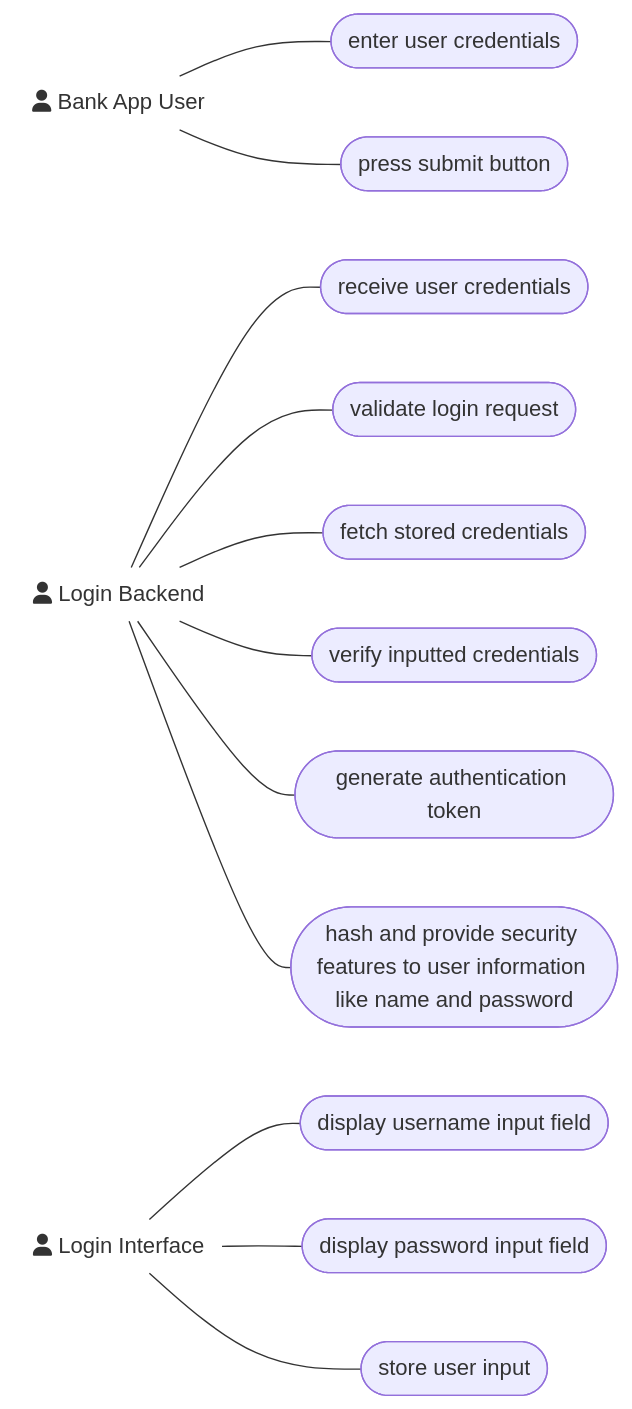
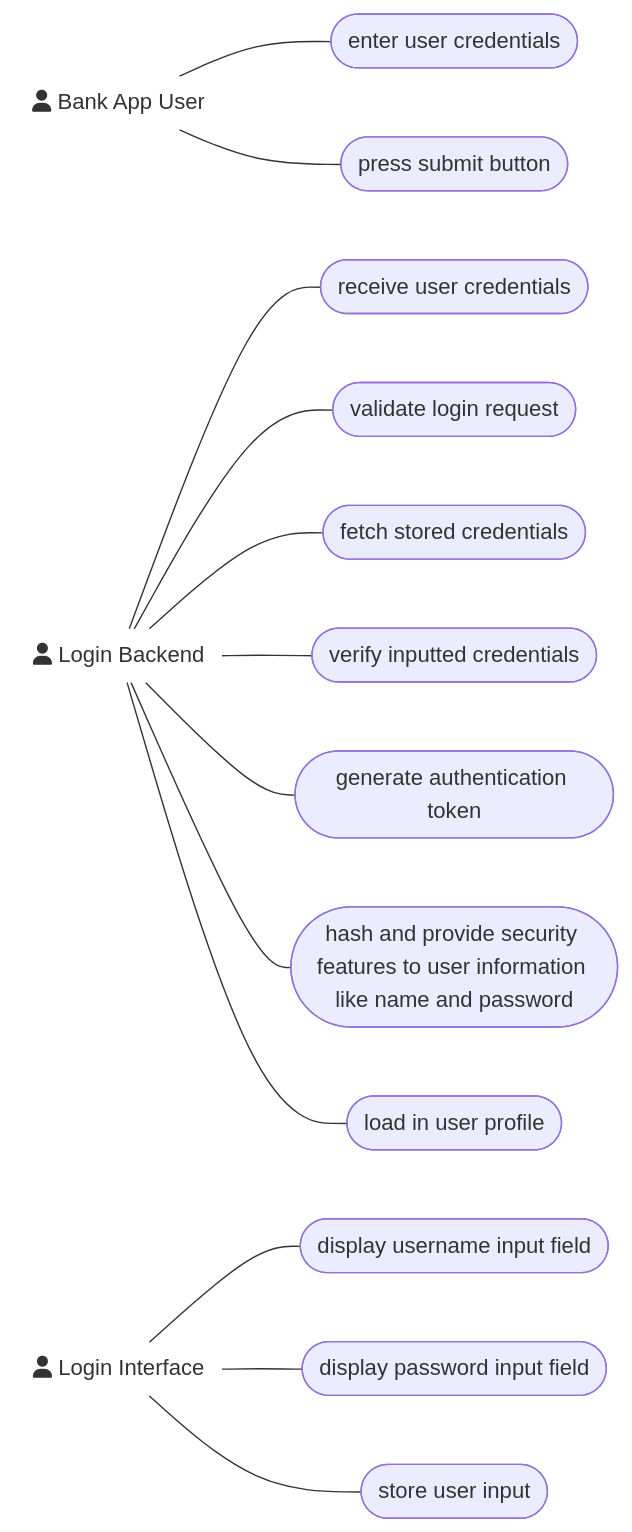
Before and after one commit to Sean2309/50.003_ESC_Project: the second of 6 diagrams in UML Class Diagrams/useCaseDiagrams.md, drawn with Mermaid.

````diff
--- a/UML Class Diagrams/useCaseDiagrams.md
+++ b/UML Class Diagrams/useCaseDiagrams.md
@@ -15,21 +15,22 @@
 ```mermaid
 graph LR
 
         style LU fill-opacity:0, stroke-opacity:0;
         style LS fill-opacity:0, stroke-opacity:0;
         style LI fill-opacity:0, stroke-opacity:0;
         direction LR  %%
         LU([fa:fa-user Bank App User]) --- childLU_1([enter user credentials])
         LU([fa:fa-user Bank App User]) --- childLU_3([press submit button])
 
         LI([fa:fa-user Login Interface]) --- childLI_1([display username input field])
         LI([fa:fa-user Login Interface]) --- childLI_2([display password input field])
         LI([fa:fa-user Login Interface]) --- childLI_3([store user input])
 
         LS([fa:fa-user Login Backend]) --- childLS_1([receive user credentials])
         LS([fa:fa-user Login Backend]) --- childLS_2([validate login request])
         LS([fa:fa-user Login Backend]) --- childLS_3([fetch stored credentials])
         LS([fa:fa-user Login Backend]) --- childLS_4([verify inputted credentials])
         LS([fa:fa-user Login Backend]) --- childLS_5([generate authentication token])
         LS([fa:fa-user Login Backend]) --- childLS_6([hash and provide security features to user information like name and password])
+        LS([fa:fa-user Login Backend]) --- childLS_7([load in user profile])
 ```
````
